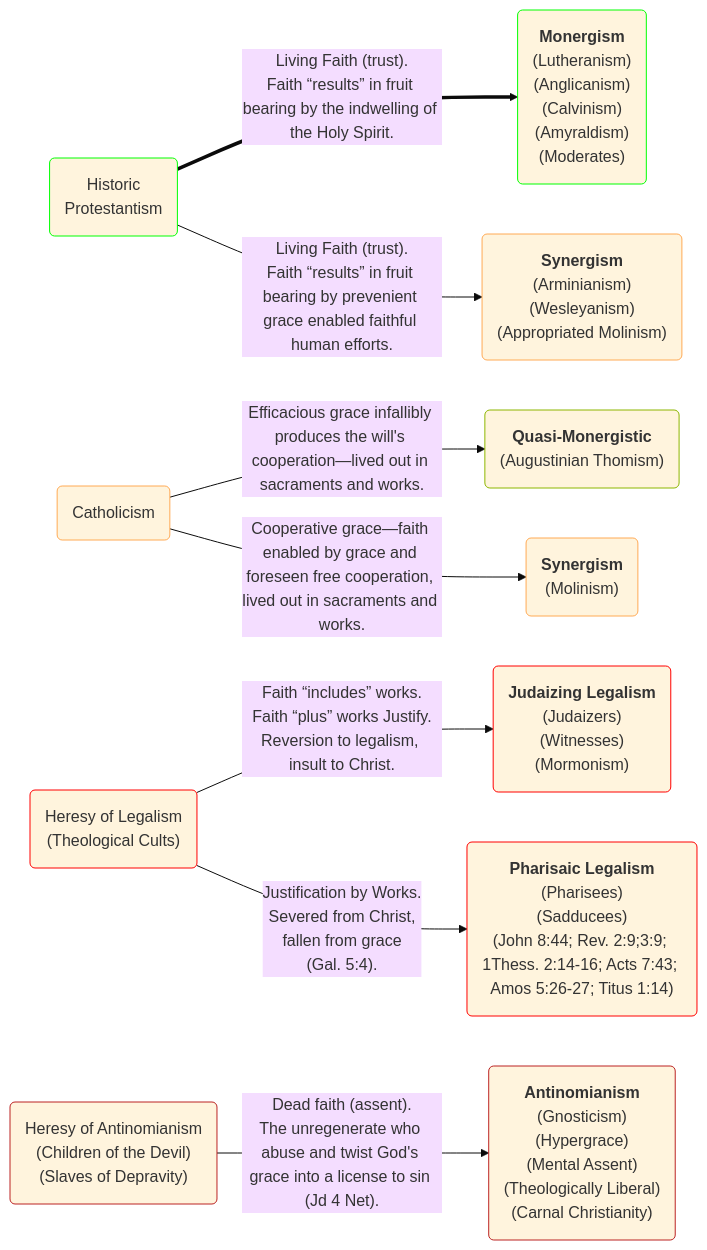
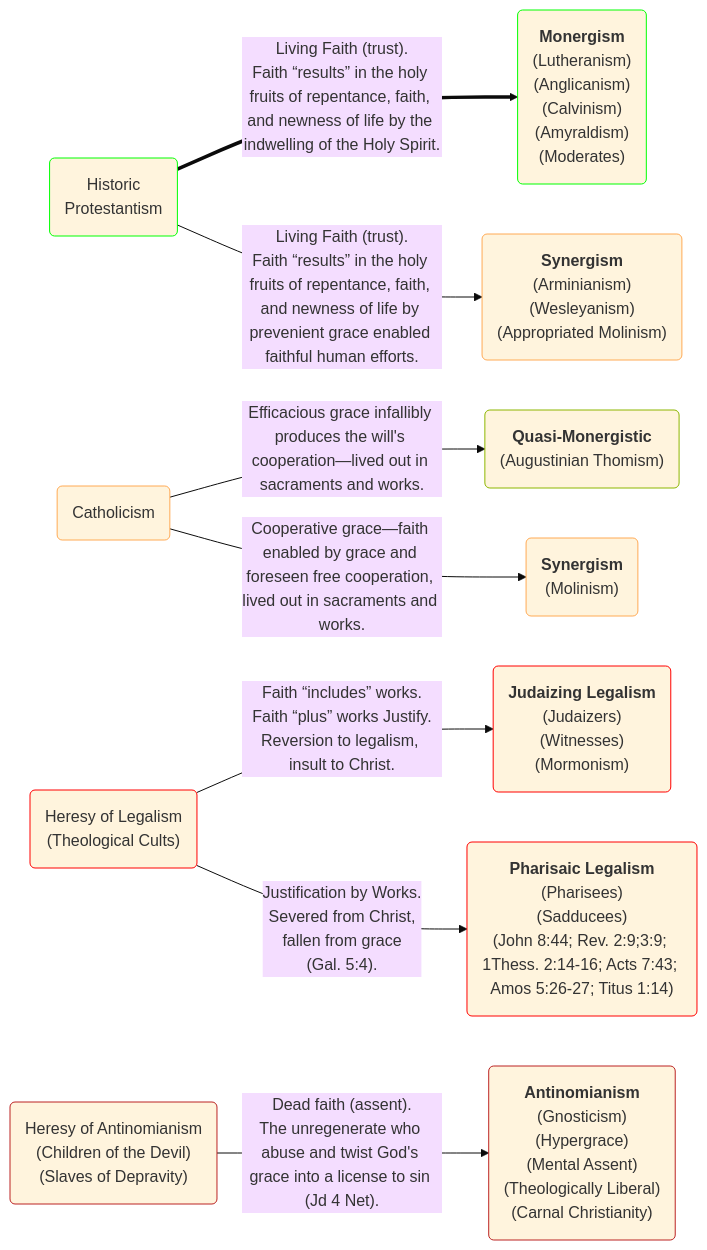
Before and after one commit to OrdoLuminis/ordoluminis.github.io: the first of 2 diagrams in _posts/2025-08-03-historic-protestant-position.markdown, drawn with Mermaid (base theme). The commit also changed other lines of this file, not shown here.

````diff
--- a/_posts/2025-08-03-historic-protestant-position.markdown
+++ b/_posts/2025-08-03-historic-protestant-position.markdown
@@ -55,23 +55,23 @@
 ```mermaid
 flowchart LR
     A(Historic<br>Protestantism):::green
     B(Catholicism):::orange
     C(Heresy of Legalism<br>&lpar;Theological Cults&rpar;):::red
     D(Heresy of Antinomianism<br>&lpar;Children of the Devil&rpar;<br>&lpar;Slaves of Depravity&rpar;):::firebrick
-    A ==>|Living Faith &lpar;trust&rpar;.<br>Faith &ldquo;results&rdquo; in fruit bearing by the indwelling of the Holy Spirit.| G(<strong>Monergism</strong><br>&lpar;Lutheranism&rpar;<br>&lpar;Anglicanism&rpar;<br>&lpar;Calvinism&rpar;<br>&lpar;Amyraldism&rpar;<br>&lpar;Moderates&rpar;):::green
-    A -->|Living Faith &lpar;trust&rpar;.<br>Faith &ldquo;results&rdquo; in fruit bearing by prevenient grace enabled faithful human efforts.| H(<strong>Synergism</strong><br>&lpar;Arminianism&rpar;<br>&lpar;Wesleyanism&rpar;<br>&lpar;Appropriated Molinism&rpar;):::orange
+    A ==>|Living Faith &lpar;trust&rpar;.<br>Faith &ldquo;results&rdquo; in the holy fruits of repentance, faith, and newness of life by the indwelling of the Holy Spirit.| G(<strong>Monergism</strong><br>&lpar;Lutheranism&rpar;<br>&lpar;Anglicanism&rpar;<br>&lpar;Calvinism&rpar;<br>&lpar;Amyraldism&rpar;<br>&lpar;Moderates&rpar;):::green
+    A -->|Living Faith &lpar;trust&rpar;.<br>Faith &ldquo;results&rdquo; in the holy fruits of repentance, faith, and newness of life by prevenient grace enabled faithful human efforts.| H(<strong>Synergism</strong><br>&lpar;Arminianism&rpar;<br>&lpar;Wesleyanism&rpar;<br>&lpar;Appropriated Molinism&rpar;):::orange
     B -->|Efficacious grace infallibly produces the will's cooperation&mdash;lived out in sacraments and works.| N(<strong>Quasi-Monergistic</strong><br>&lpar;Augustinian Thomism&rpar;):::yellowgreen
     B -->|Cooperative grace&mdash;faith enabled by grace and foreseen free cooperation, lived out in sacraments and works.| I(<strong>Synergism</strong><br>&lpar;Molinism&rpar;):::orange
     C -->|Faith &ldquo;includes&rdquo; works.<br>Faith &ldquo;plus&rdquo; works Justify.<br>Reversion to legalism, insult to Christ.| J(<strong>Judaizing Legalism</strong><br>&lpar;Judaizers&rpar;<br>&lpar;Witnesses&rpar;<br>&lpar;Mormonism&rpar;):::red
     C -->|Justification by Works.<br>Severed from Christ,<br>fallen from grace<br>&lpar;Gal. 5:4&rpar;.| K(<strong>Pharisaic Legalism</strong><br>&lpar;Pharisees&rpar;<br>&lpar;Sadducees&rpar;<br>&lpar;John 8:44; Rev. 2:9;3:9; 1Thess. 2:14-16; Acts 7:43; Amos 5:26-27; Titus 1:14&rpar;):::red
     D -->|Dead faith &lpar;assent&rpar;.<br>The unregenerate who abuse and twist God's grace into a license to sin &lpar;Jd 4 Net&rpar;.| L(<strong>Antinomianism</strong><br>&lpar;Gnosticism&rpar;<br>&lpar;Hypergrace&rpar;<br>&lpar;Mental Assent&rpar;<br>&lpar;Theologically Liberal&rpar;<br>&lpar;Carnal Christianity&rpar;):::firebrick
     classDef red stroke:#f00
     classDef green stroke:#0f0
     classDef lightgreen stroke:#Bf0
     classDef yellowgreen stroke:#8db600
     classDef darkgreen stroke:#006400
     classDef orange stroke:#fa5
     classDef firebrick stroke:#b22
     classDef darkred stroke:#8B0000
     classDef darkerred stroke:#701705
 ```
````
